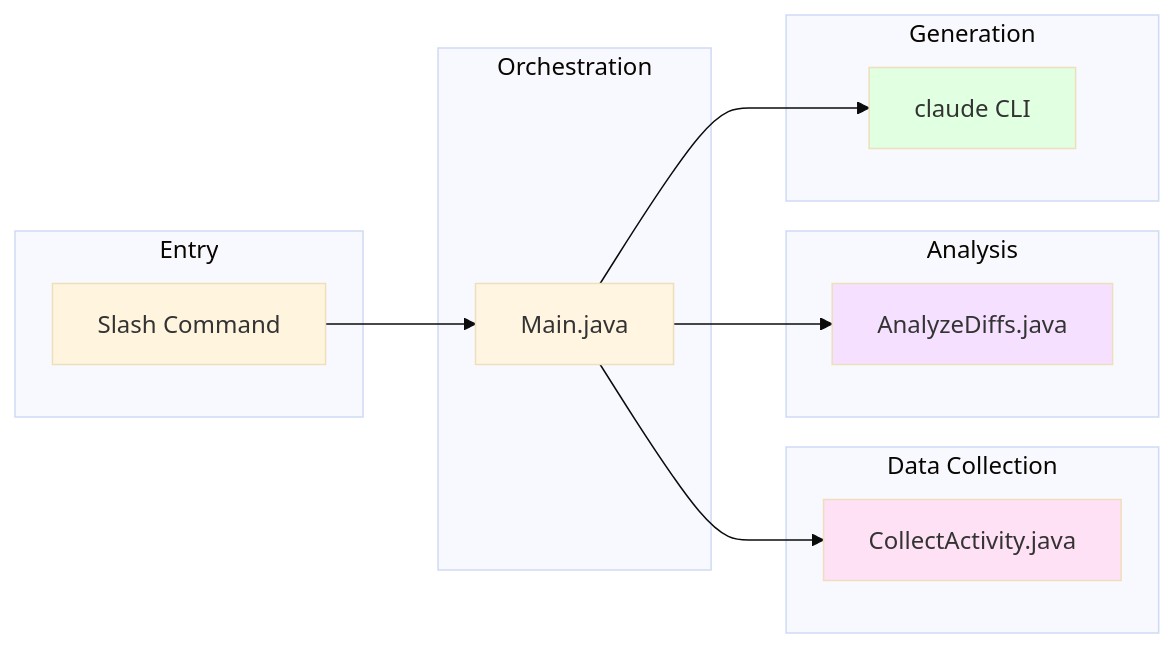
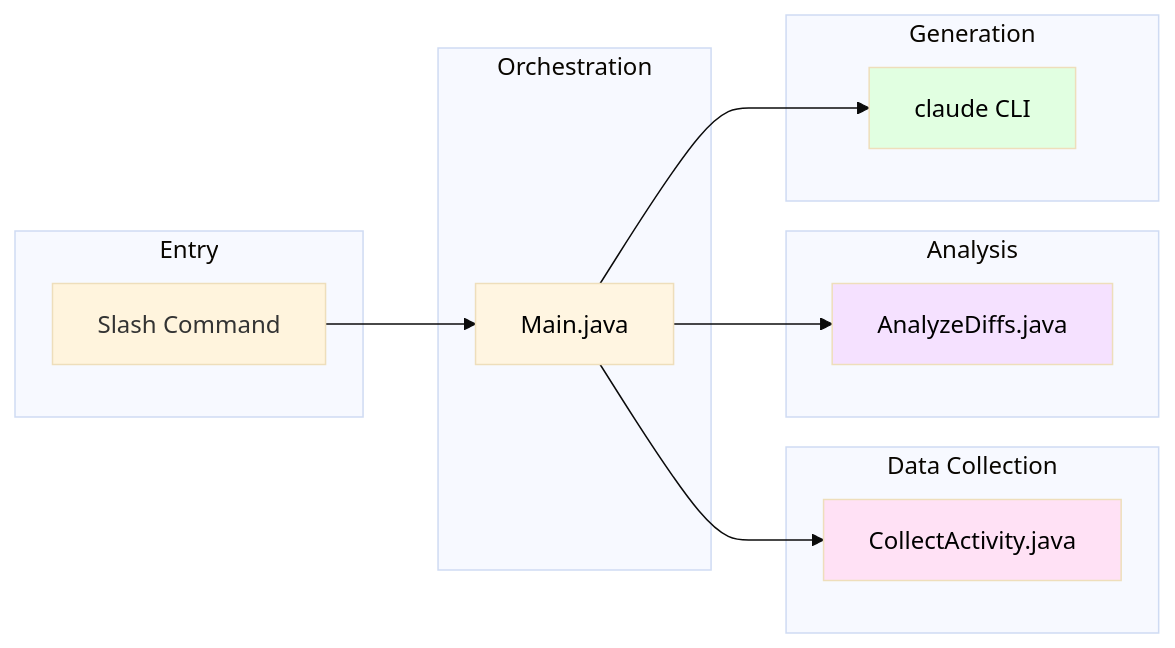
One commit to jetmobsol/claude-gh-standup changed the second of 2 diagrams in docs/architecture/README.md. Above: the diagram before and after it, drawn with Mermaid (base theme). The commit also changed other lines of this file and 4 other files, not shown here.

First line of the commit message:
Fix text color to black on light-colored Mermaid diagrams

````diff
--- a/docs/architecture/README.md
+++ b/docs/architecture/README.md
@@ -179,32 +179,32 @@
 ```mermaid
 graph LR
     subgraph "Entry"
         CMD[Slash Command]
     end
 
     subgraph "Orchestration"
         Main[Main.java]
     end
 
     subgraph "Data Collection"
         Collect[CollectActivity.java]
     end
 
     subgraph "Analysis"
         Analyze[AnalyzeDiffs.java]
     end
 
     subgraph "Generation"
         Claude[claude CLI]
     end
 
     CMD --> Main
     Main --> Collect
     Main --> Analyze
     Main --> Claude
 
-    style Main fill:#fff5e1
-    style Collect fill:#ffe1f5
-    style Analyze fill:#f5e1ff
-    style Claude fill:#e1ffe1
+    style Main fill:#fff5e1,color:#000
+    style Collect fill:#ffe1f5,color:#000
+    style Analyze fill:#f5e1ff,color:#000
+    style Claude fill:#e1ffe1,color:#000
 ```
````
